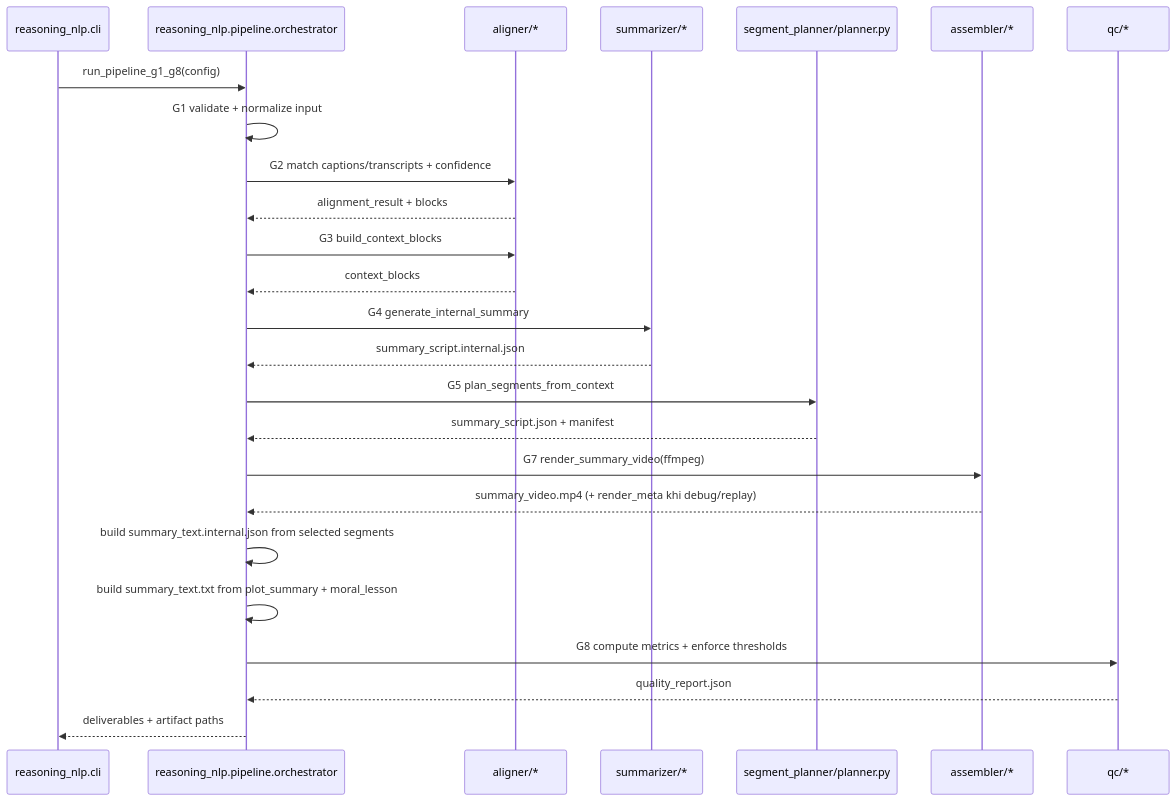
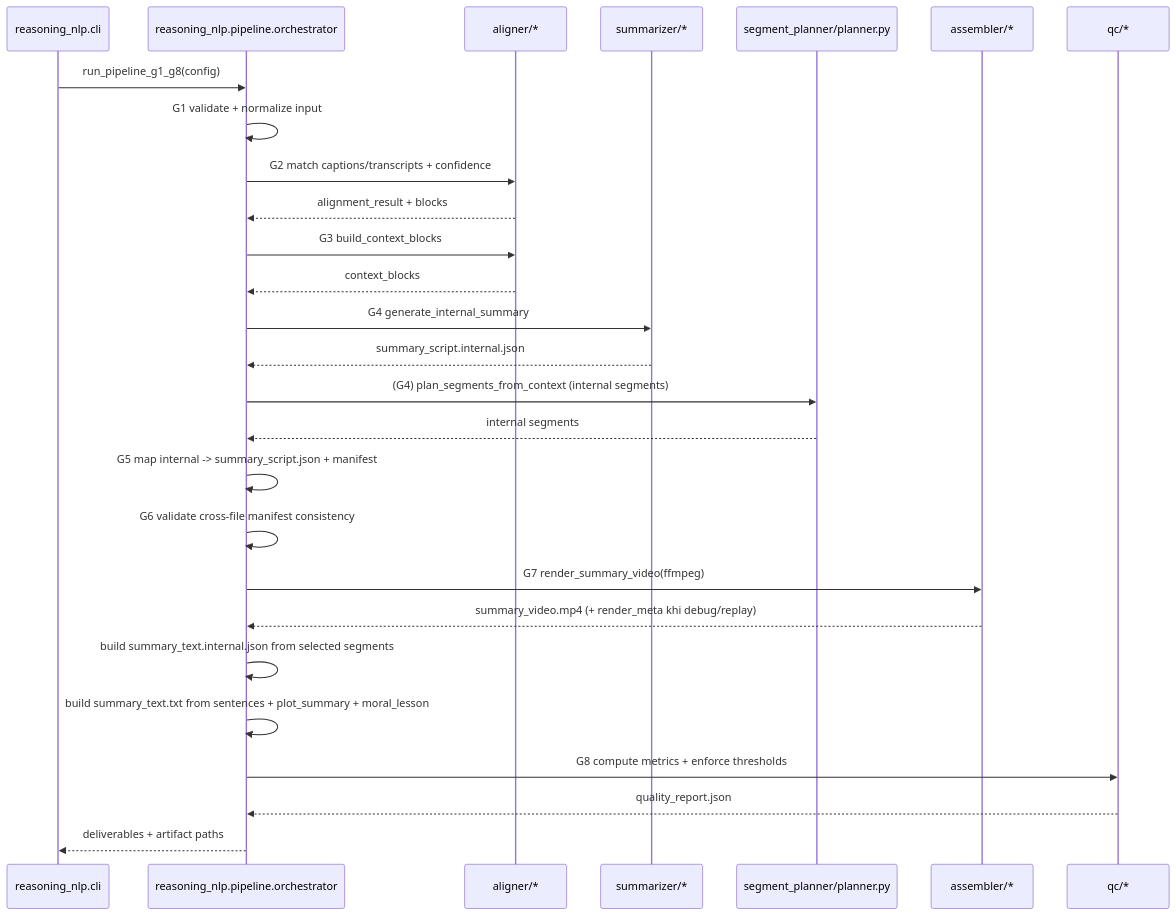
Before and after one commit to TCTri205/video-summary: the third of 3 diagrams in docs/Reasoning-NLP/pipeline-flow-and-grounding.md, drawn with Mermaid. The commit also changed other lines of this file and 9 other files, not shown here.

````diff
--- a/docs/Reasoning-NLP/pipeline-flow-and-grounding.md
+++ b/docs/Reasoning-NLP/pipeline-flow-and-grounding.md
@@ -86,28 +113,30 @@
 ```mermaid
 sequenceDiagram
     participant CLI as reasoning_nlp.cli
     participant Runner as reasoning_nlp.pipeline.orchestrator
     participant Align as aligner/*
     participant Summ as summarizer/*
     participant Planner as segment_planner/planner.py
     participant Asm as assembler/*
     participant QC as qc/*
 
     CLI->>Runner: run_pipeline_g1_g8(config)
     Runner->>Runner: G1 validate + normalize input
     Runner->>Align: G2 match captions/transcripts + confidence
     Align-->>Runner: alignment_result + blocks
     Runner->>Align: G3 build_context_blocks
     Align-->>Runner: context_blocks
     Runner->>Summ: G4 generate_internal_summary
     Summ-->>Runner: summary_script.internal.json
-    Runner->>Planner: G5 plan_segments_from_context
-    Planner-->>Runner: summary_script.json + manifest
+    Runner->>Planner: (G4) plan_segments_from_context (internal segments)
+    Planner-->>Runner: internal segments
+    Runner->>Runner: G5 map internal -> summary_script.json + manifest
+    Runner->>Runner: G6 validate cross-file manifest consistency
     Runner->>Asm: G7 render_summary_video(ffmpeg)
     Asm-->>Runner: summary_video.mp4 (+ render_meta khi debug/replay)
     Runner->>Runner: build summary_text.internal.json from selected segments
-    Runner->>Runner: build summary_text.txt from plot_summary + moral_lesson
+    Runner->>Runner: build summary_text.txt from sentences + plot_summary + moral_lesson
     Runner->>QC: G8 compute metrics + enforce thresholds
     QC-->>Runner: quality_report.json
     Runner-->>CLI: deliverables + artifact paths
 ```
````
